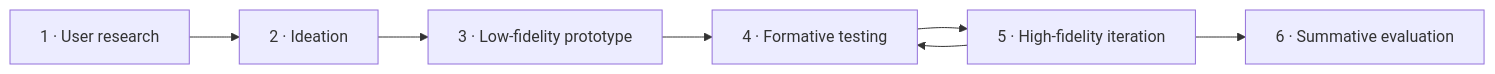
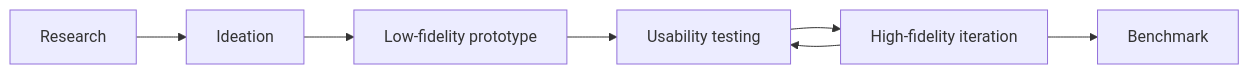
One commit to muhammadtaimoorajmal/Sabaq changed the diagram in docs/README.md. Above: the diagram before and after it, drawn with Mermaid. The commit also changed other lines of this file and 18 other files, not shown here.

````diff
--- a/docs/README.md
+++ b/docs/README.md
@@ -17,9 +17,9 @@
 ```mermaid
 flowchart LR
-    P1["1 · User research"] --> P2["2 · Ideation"]
-    P2 --> P3["3 · Low-fidelity prototype"]
-    P3 --> P4["4 · Formative testing"]
-    P4 --> P5["5 · High-fidelity iteration"]
+    P1["Research"] --> P2["Ideation"]
+    P2 --> P3["Low-fidelity prototype"]
+    P3 --> P4["Usability testing"]
+    P4 --> P5["High-fidelity iteration"]
     P5 --> P4
-    P5 --> P6["6 · Summative evaluation"]
+    P5 --> P6["Benchmark"]
 ```
````
